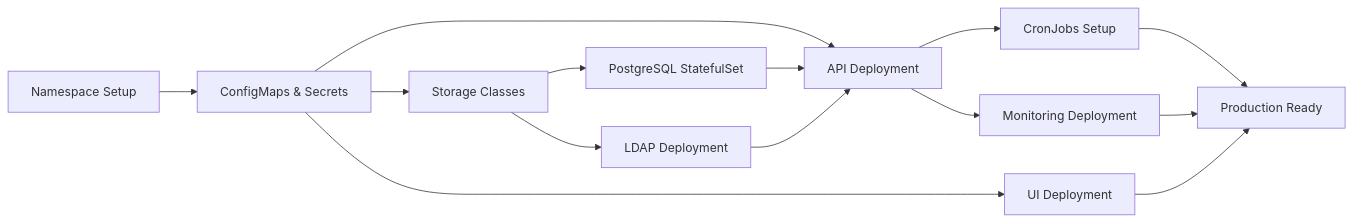
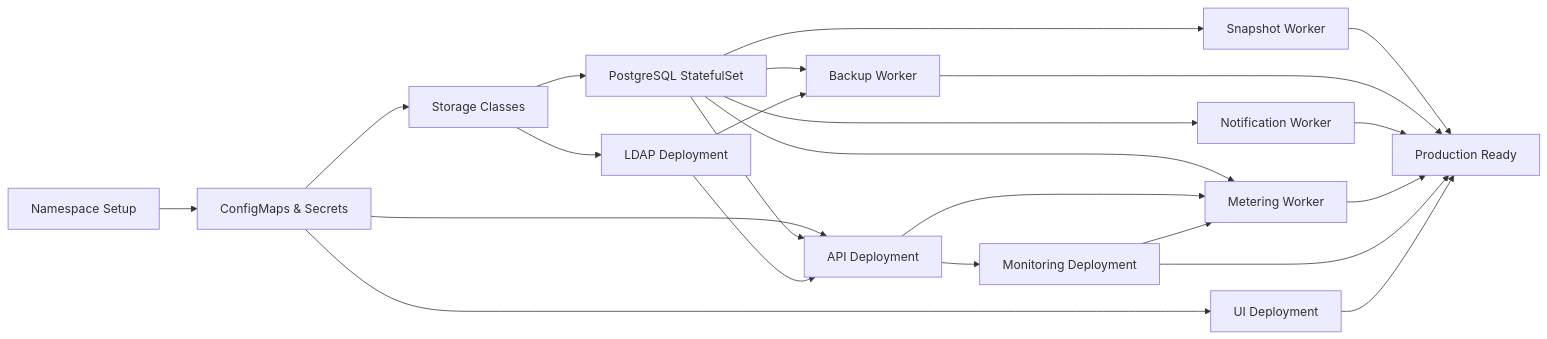
The diagram in docs/KUBERNETES_MIGRATION_GUIDE.md (erezrozenbaum/pf9-mngt), drawn with Mermaid before and after one commit. The commit also changed other lines of this file and 3 other files, not shown here.

````diff
--- a/docs/KUBERNETES_MIGRATION_GUIDE.md
+++ b/docs/KUBERNETES_MIGRATION_GUIDE.md
@@ -389,16 +502,25 @@
 ```mermaid
 graph LR
     A["Namespace Setup"] --> B["ConfigMaps & Secrets"]
     B --> C["Storage Classes"]
     C --> D["PostgreSQL StatefulSet"]
     C --> E["LDAP Deployment"]
     B --> F["API Deployment"]
     B --> G["UI Deployment"]
-    F --> H["Monitoring Deployment"]
     D --> F
     E --> F
-    F --> I["CronJobs Setup"]
-    I --> J["Production Ready"]
-    H --> J
-    G --> J
+    F --> H["Monitoring Deployment"]
+    D --> I["Snapshot Worker"]
+    D --> J["Backup Worker"]
+    E --> J
+    D --> K["Notification Worker"]
+    D --> L["Metering Worker"]
+    F --> L
+    H --> L
+    I --> M["Production Ready"]
+    J --> M
+    K --> M
+    L --> M
+    H --> M
+    G --> M
 ```
````
